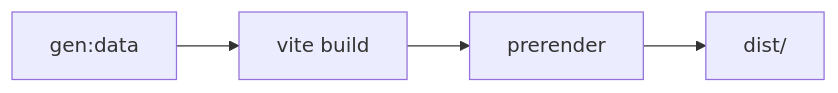
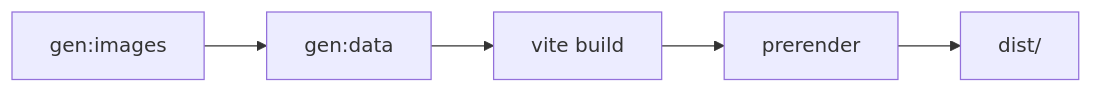
The diagram in README.md (ououduck/D-blog), drawn with Mermaid before and after one commit. The commit also changed other lines of this file and 56 other files, not shown here.

````diff
--- a/README.md
+++ b/README.md
@@ -143,6 +143,7 @@
 ```mermaid
 graph LR
-  A[gen:data] --> B[vite build]
-  B --> C[prerender]
-  C --> D[dist/]
+  A[gen:images] --> B[gen:data]
+  B --> C[vite build]
+  C --> D[prerender]
+  D --> E[dist/]
 ```
````
